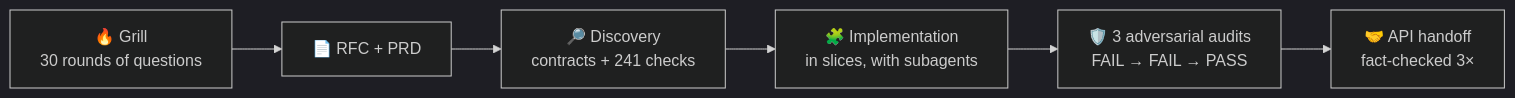
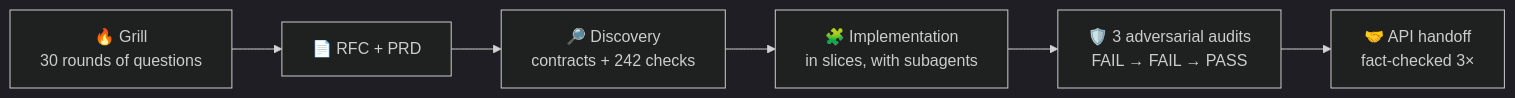
The fifth of 6 diagrams in README.en.md (micaelcf/parcela-mais-case), drawn with Mermaid (dark theme) before and after one commit. The commit also changed other lines of this file and 4 other files, not shown here.

````diff
--- a/README.en.md
+++ b/README.en.md
@@ -169,8 +169,8 @@
 ```mermaid
 flowchart LR
     G["🔥 Grill<br/>30 rounds of questions"] --> D["📄 RFC + PRD"]
-    D --> C["🔎 Discovery<br/>contracts + 241 checks"]
+    D --> C["🔎 Discovery<br/>contracts + 242 checks"]
     C --> S["🧩 Implementation<br/>in slices, with subagents"]
     S --> A["🛡️ 3 adversarial audits<br/>FAIL → FAIL → PASS"]
     A --> H["🤝 API handoff<br/>fact-checked 3×"]
 ```
````
